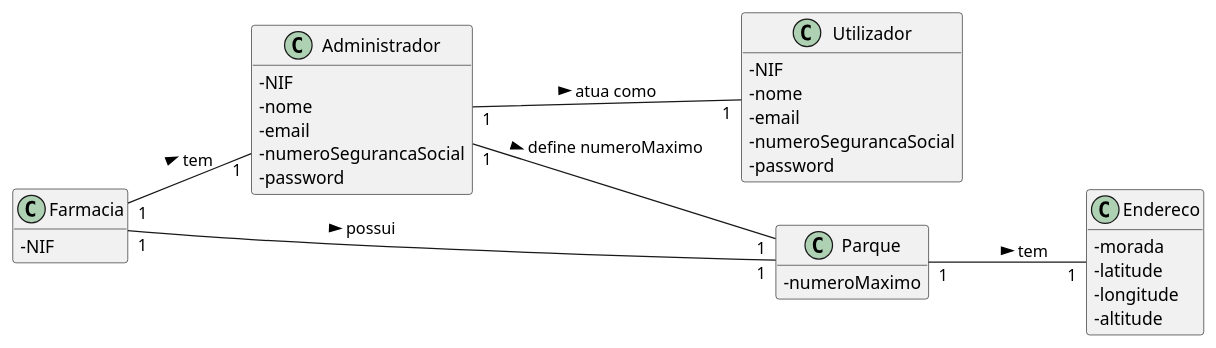
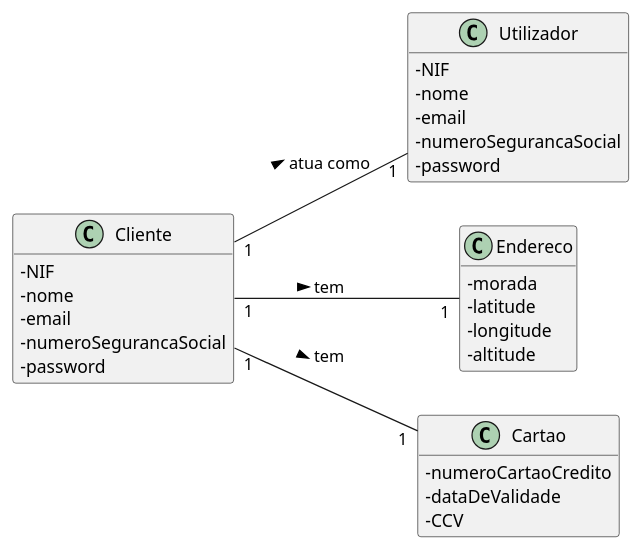
One commit to pedrolemos4/LAPR3 changed the diagram in docs/UC8/MD-REGISTAR FARMACIA.puml. Above: the diagram before and after it, drawn with PlantUML. The commit also changed 6 other files, not shown here.

```diff
--- a/docs/UC8/MD-REGISTAR FARMACIA.puml
+++ b/docs/UC8/MD-REGISTAR FARMACIA.puml
@@ -1,43 +1,39 @@
 @startuml
 skinparam classAttributeIconSize 0
 hide methods
 left to right direction
 
-class Farmacia {
-  -NIF
-}
-
 class Utilizador {
-  -NIF
-  -nome
-  -email
-  -numeroSegurancaSocial
-  -password
-}
-
-class Administrador {
   -NIF
   -nome
   -email
   -numeroSegurancaSocial
   -password
 }
 
 class Endereco {
   -morada
   -latitude
   -longitude
   -altitude
 }
 
-class Parque {
-  -numeroMaximo
+class Cliente {
+  -NIF
+  -nome
+  -email
+  -numeroSegurancaSocial
+  -password
 }
 
-Administrador "1" -- "1" Utilizador: atua como >
-Administrador "1" -- "1" Parque: define numeroMaximo >
-Farmacia "1" -- "1" Parque: possui >
-Parque "1" -- "1" Endereco: tem >
-Farmacia "1" -- "1" Administrador: tem >
+class Cartao {
+  -numeroCartaoCredito
+  -dataDeValidade
+  -CCV
+}
+
+Cliente "1" -- "1" Endereco: tem >
+Cliente "1" -- "1" Cartao: tem >
+Cliente "1" -- "1" Utilizador: atua como >
 
 @enduml
```
